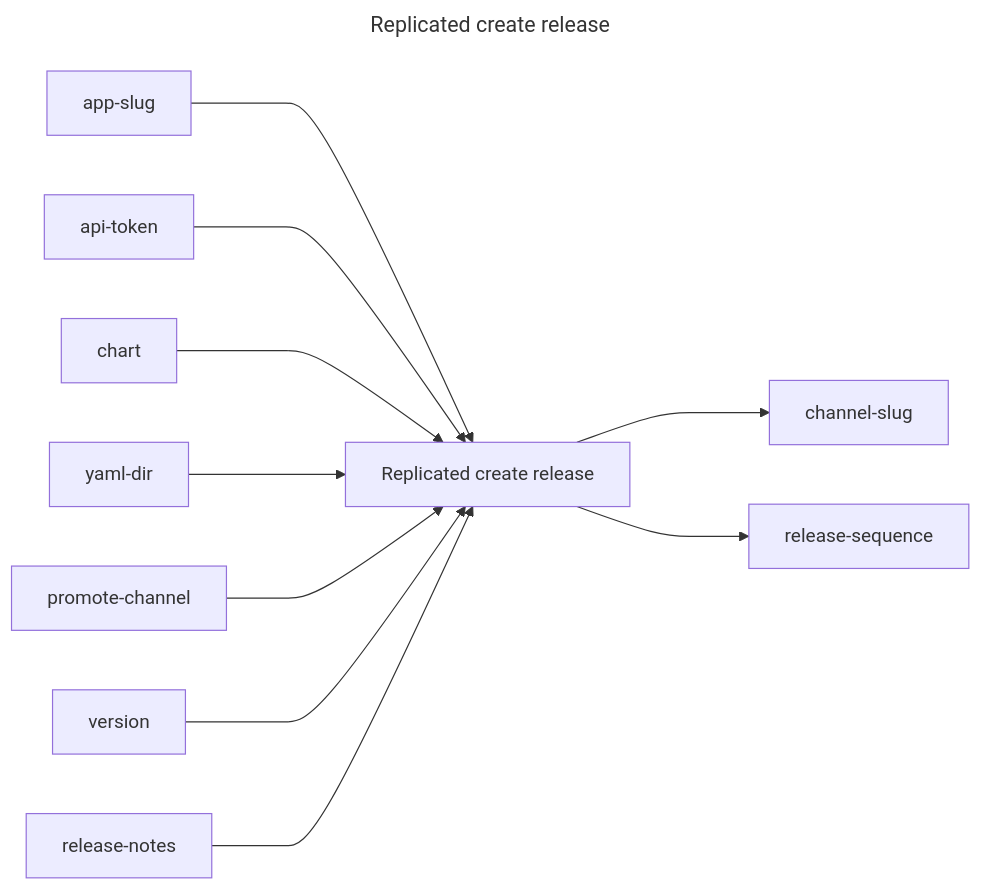
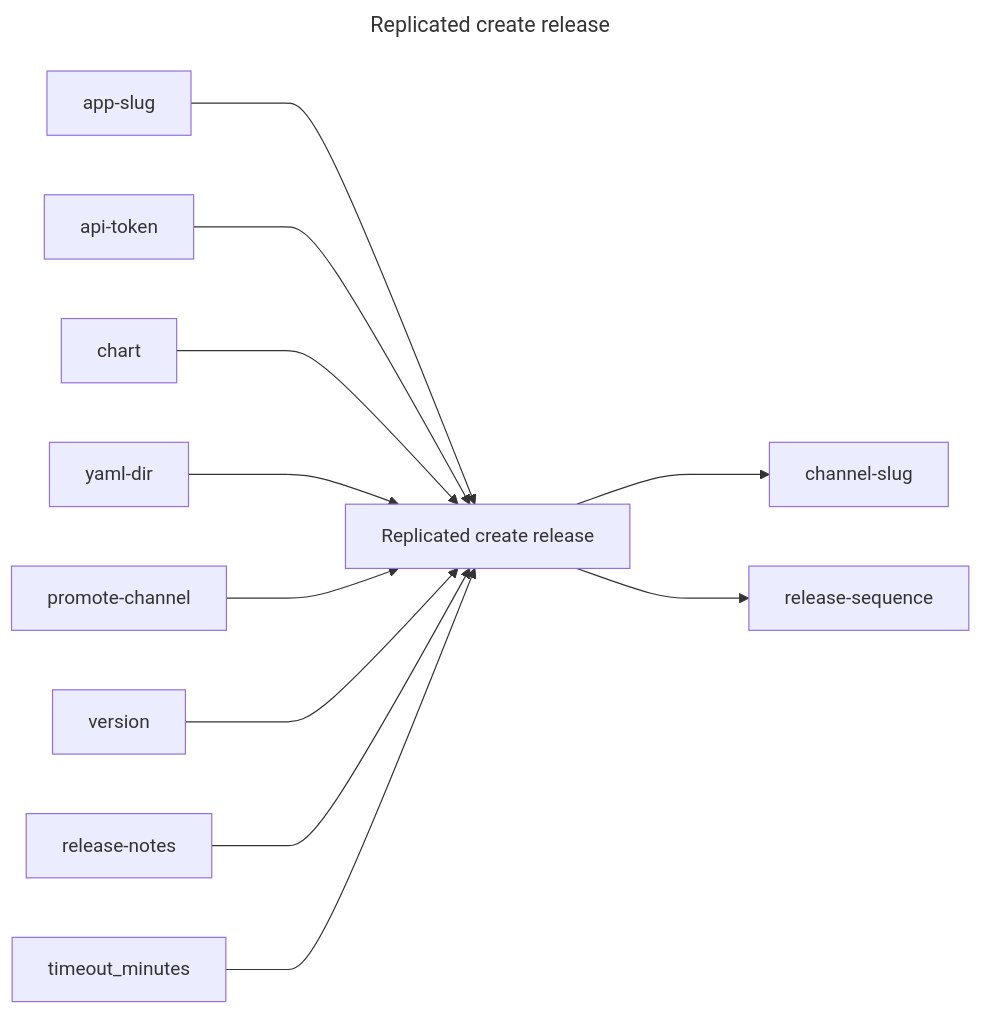
One commit to replicatedhq/replicated-actions changed the diagram in create-release/README.md. Above: the diagram before and after it, drawn with Mermaid. The commit also changed other lines of this file and 3 other files, not shown here.

````diff
--- a/create-release/README.md
+++ b/create-release/README.md
@@ -3,25 +3,26 @@
 ```mermaid
 ---
 title: Replicated create release
 ---
 graph LR
 replicated_create_release["Replicated create release"]
 app_slug["app-slug"]
 api_token["api-token"]
 chart["chart"]
 yaml_dir["yaml-dir"]
 promote_channel["promote-channel"]
 version["version"]
 release_notes["release-notes"]
 channel_slug["channel-slug"]
 release_sequence["release-sequence"]
 app_slug ---> replicated_create_release
 api_token ---> replicated_create_release
 chart ---> replicated_create_release
 yaml_dir ---> replicated_create_release
 promote_channel ---> replicated_create_release
 version ---> replicated_create_release
 release_notes ---> replicated_create_release
+timeout_minutes ---> replicated_create_release
 replicated_create_release ---> channel_slug
 replicated_create_release ---> release_sequence
 ```
````
